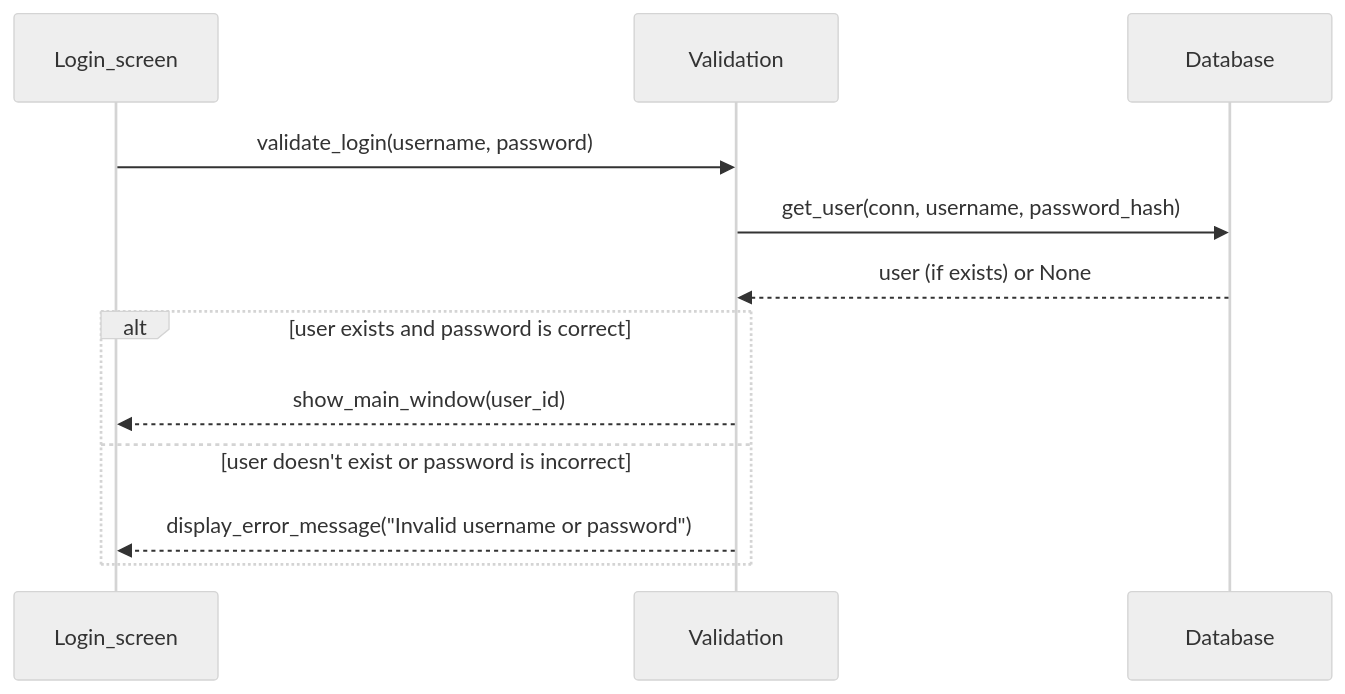
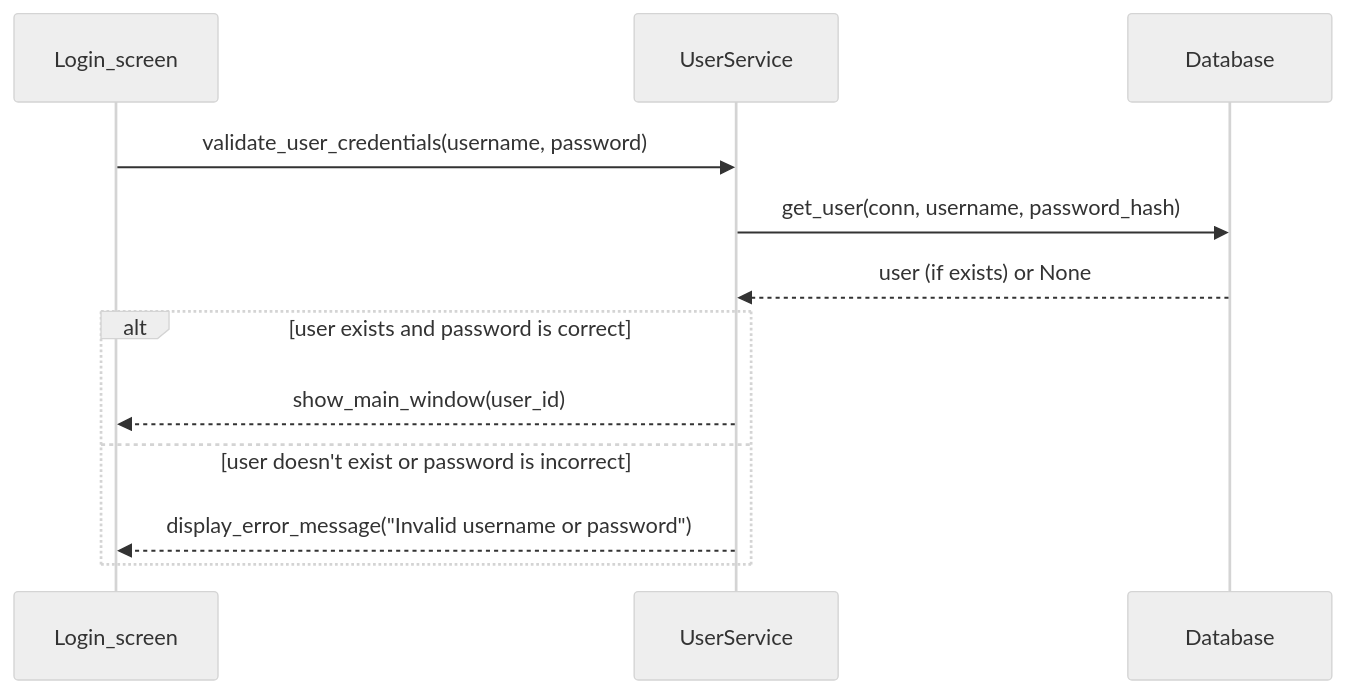
The second of 4 diagrams in dokumentaatio/arkkitehtuuri.md (trickwide/ot-harjoitustyo), drawn with Mermaid (neutral theme) before and after one commit. The commit also changed other lines of this file, not shown here.

````diff
--- a/dokumentaatio/arkkitehtuuri.md
+++ b/dokumentaatio/arkkitehtuuri.md
@@ -63,11 +54,11 @@
 ```mermaid
 sequenceDiagram
-    Login_screen->>Validation: validate_login(username, password)
-    Validation->>Database: get_user(conn, username, password_hash)
-    Database-->>Validation: user (if exists) or None
+    Login_screen->>UserService: validate_user_credentials(username, password)
+    UserService->>Database: get_user(conn, username, password_hash)
+    Database-->>UserService: user (if exists) or None
     alt user exists and password is correct
-        Validation-->>Login_screen: show_main_window(user_id)
+        UserService-->>Login_screen: show_main_window(user_id)
     else user doesn't exist or password is incorrect
-        Validation-->>Login_screen: display_error_message("Invalid username or password")
+        UserService-->>Login_screen: display_error_message("Invalid username or password")
     end
 ```
````
